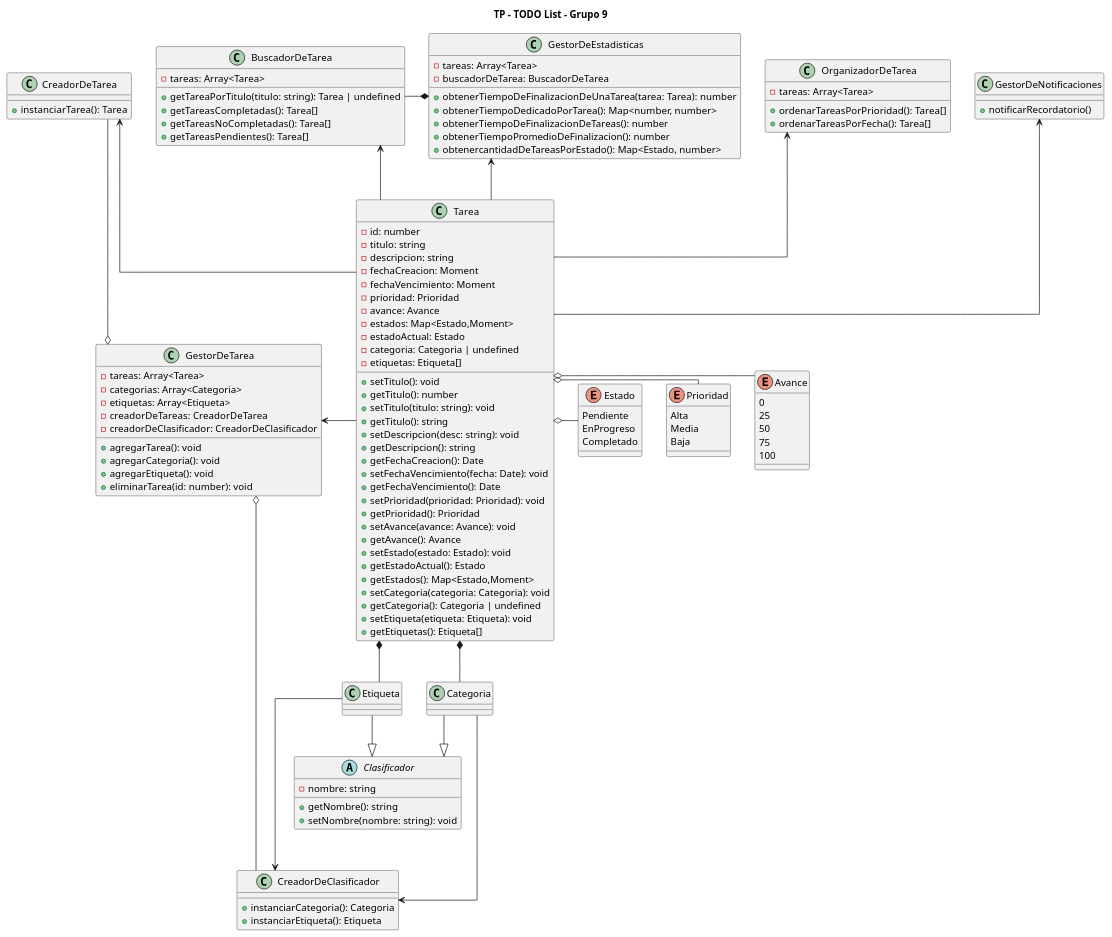
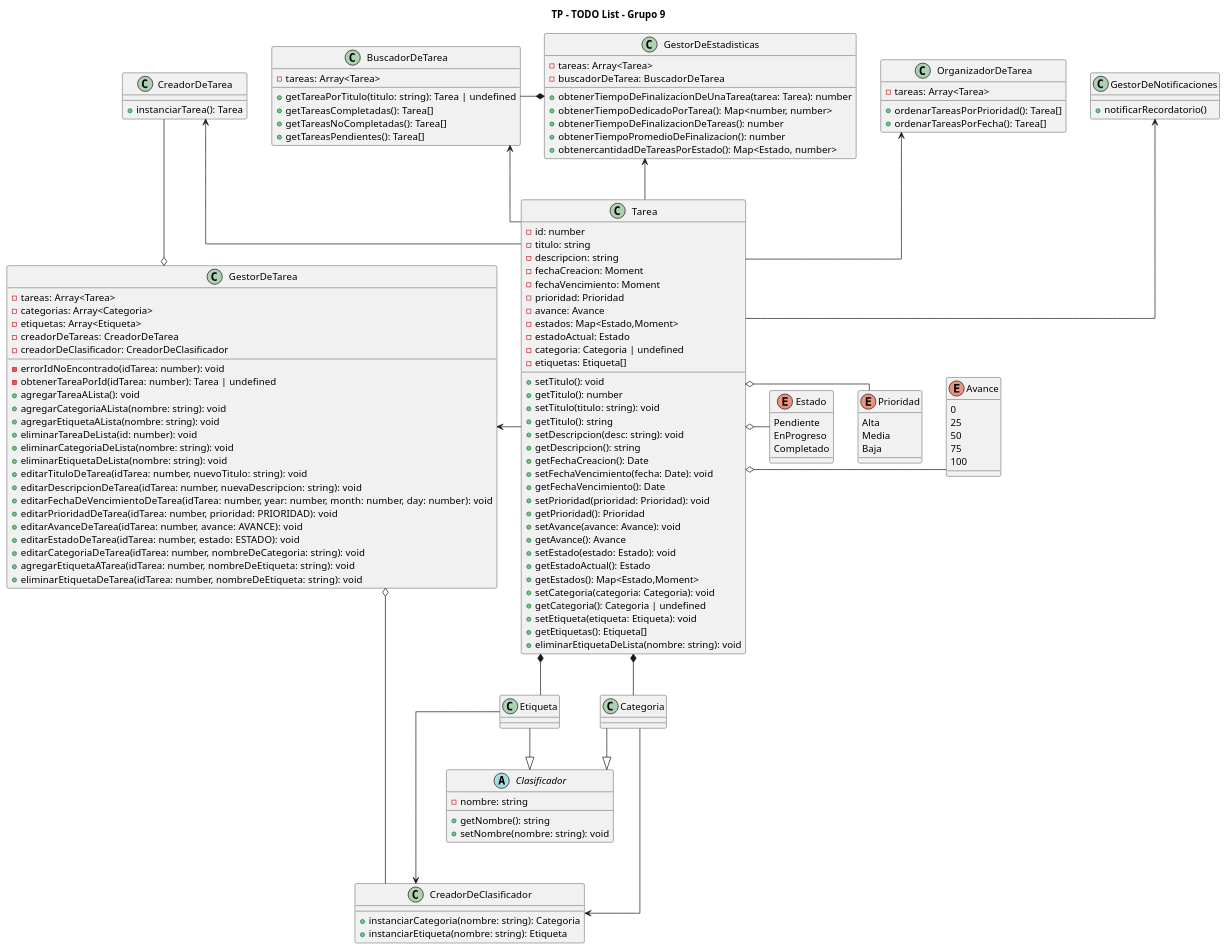
The diagram in Diagrama/diagrama.puml (FrancisLuna/ToDo-POO-Grupo-9), drawn with PlantUML before and after one commit. The commit also changed 1 other file, not shown here.

Commit message:
changes: diagrama actualizado, modificaciones en clases creadorDeClasificador y tarea no mencionaas en el anterior commit

```diff
--- a/Diagrama/diagrama.puml
+++ b/Diagrama/diagrama.puml
@@ -1,143 +1,157 @@
 @startuml ToDoList
 
 title TP - TODO List - Grupo 9
 skinparam lineType ortho
 
 class Tarea{
    - id: number
    - titulo: string
    - descripcion: string
    - fechaCreacion: Moment
    - fechaVencimiento: Moment
    - prioridad: Prioridad
    - avance: Avance
    - estados: Map<Estado,Moment>
    - estadoActual: Estado
    - categoria: Categoria | undefined
    - etiquetas: Etiqueta[]
     
     + setTitulo(): void
     + getTitulo(): number
     + setTitulo(titulo: string): void
     + getTitulo(): string
     + setDescripcion(desc: string): void
     + getDescripcion(): string
     + getFechaCreacion(): Date
     + setFechaVencimiento(fecha: Date): void
     + getFechaVencimiento(): Date
     + setPrioridad(prioridad: Prioridad): void
     + getPrioridad(): Prioridad
     + setAvance(avance: Avance): void
     + getAvance(): Avance
     + setEstado(estado: Estado): void
     + getEstadoActual(): Estado
     + getEstados(): Map<Estado,Moment>
     + setCategoria(categoria: Categoria): void
     + getCategoria(): Categoria | undefined
     + setEtiqueta(etiqueta: Etiqueta): void
     + getEtiquetas(): Etiqueta[]
+    + eliminarEtiquetaDeLista(nombre: string): void
 }
 
 class CreadorDeTarea{
     + instanciarTarea(): Tarea
 }
 
 class GestorDeTarea{
     - tareas: Array<Tarea>
     - categorias: Array<Categoria>
     - etiquetas: Array<Etiqueta>
     - creadorDeTareas: CreadorDeTarea
     - creadorDeClasificador: CreadorDeClasificador
 
-    + agregarTarea(): void
-    + agregarCategoria(): void
-    + agregarEtiqueta(): void
-    + eliminarTarea(id: number): void
+    - errorIdNoEncontrado(idTarea: number): void
+    - obtenerTareaPorId(idTarea: number): Tarea | undefined
+    + agregarTareaALista(): void
+    + agregarCategoriaALista(nombre: string): void
+    + agregarEtiquetaALista(nombre: string): void
+    + eliminarTareaDeLista(id: number): void
+    + eliminarCategoriaDeLista(nombre: string): void
+    + eliminarEtiquetaDeLista(nombre: string): void
+    + editarTituloDeTarea(idTarea: number, nuevoTitulo: string): void
+    + editarDescripcionDeTarea(idTarea: number, nuevaDescripcion: string): void
+    + editarFechaDeVencimientoDeTarea(idTarea: number, year: number, month: number, day: number): void
+    + editarPrioridadDeTarea(idTarea: number, prioridad: PRIORIDAD): void
+    + editarAvanceDeTarea(idTarea: number, avance: AVANCE): void
+    + editarEstadoDeTarea(idTarea: number, estado: ESTADO): void
+    + editarCategoriaDeTarea(idTarea: number, nombreDeCategoria: string): void
+    + agregarEtiquetaATarea(idTarea: number, nombreDeEtiqueta: string): void
+    + eliminarEtiquetaDeTarea(idTarea: number, nombreDeEtiqueta: string): void
 }
 
 class BuscadorDeTarea{
     - tareas: Array<Tarea>
 
     + getTareaPorTitulo(titulo: string): Tarea | undefined
     + getTareasCompletadas(): Tarea[]
     + getTareasNoCompletadas(): Tarea[]
     + getTareasPendientes(): Tarea[]
 }
 
 class OrganizadorDeTarea{
     - tareas: Array<Tarea>
 
     + ordenarTareasPorPrioridad(): Tarea[]
     + ordenarTareasPorFecha(): Tarea[]
 }
 
 class GestorDeEstadisticas{
     - tareas: Array<Tarea>
     - buscadorDeTarea: BuscadorDeTarea
 
     + obtenerTiempoDeFinalizacionDeUnaTarea(tarea: Tarea): number
     + obtenerTiempoDedicadoPorTarea(): Map<number, number>
     + obtenerTiempoDeFinalizacionDeTareas(): number
     + obtenerTiempoPromedioDeFinalizacion(): number
     + obtenercantidadDeTareasPorEstado(): Map<Estado, number>
 }
 
 class GestorDeNotificaciones{
     + notificarRecordatorio()
 }
 
 abstract class Clasificador{
     - nombre: string
 
     + getNombre(): string
     + setNombre(nombre: string): void
 }
 
 class Categoria {}
 class Etiqueta {}
 
 class CreadorDeClasificador{
-    + instanciarCategoria(): Categoria
-    + instanciarEtiqueta(): Etiqueta
+    + instanciarCategoria(nombre: string): Categoria
+    + instanciarEtiqueta(nombre: string): Etiqueta
 }
 
 ENUM Estado{
     Pendiente
     EnProgreso
     Completado
 }
 
 ENUM Avance{
     0
     25
     50
     75
     100
 }
 
 ENUM Prioridad{
     Alta
     Media
     Baja
 }
 
 GestorDeEstadisticas <-- Tarea
 GestorDeNotificaciones <-- Tarea
 OrganizadorDeTarea <-- Tarea
 BuscadorDeTarea <-- Tarea
 CreadorDeTarea <-- Tarea
 GestorDeTarea <-right- Tarea
 GestorDeTarea o-up-CreadorDeTarea
 GestorDeTarea o-- CreadorDeClasificador
 Tarea *-- Categoria
 Tarea *-- Etiqueta
 Categoria --|> Clasificador
 Etiqueta --|> Clasificador
 Categoria --> CreadorDeClasificador
 Etiqueta --> CreadorDeClasificador
 Clasificador -[hidden]- CreadorDeClasificador
 Tarea o-right- Estado
 Tarea o-right- Avance
 Tarea o-right- Prioridad
 GestorDeEstadisticas *-left- BuscadorDeTarea
 @enduml
```
